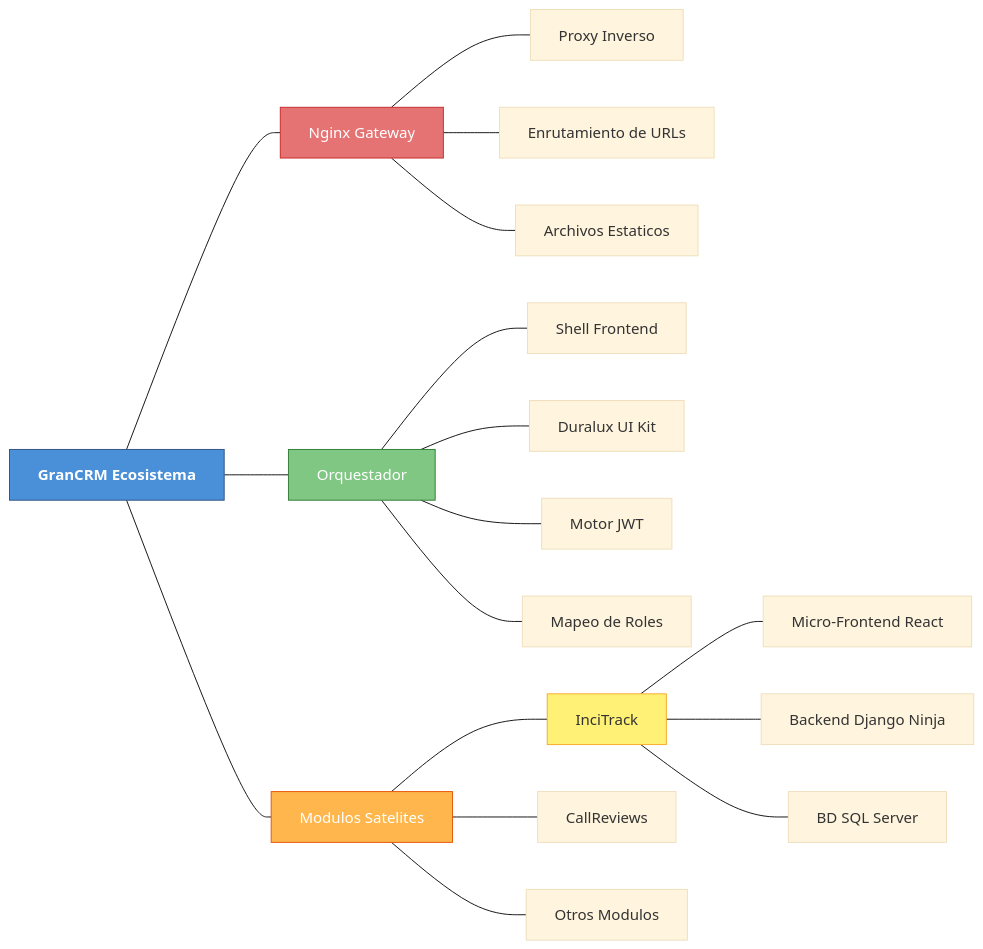
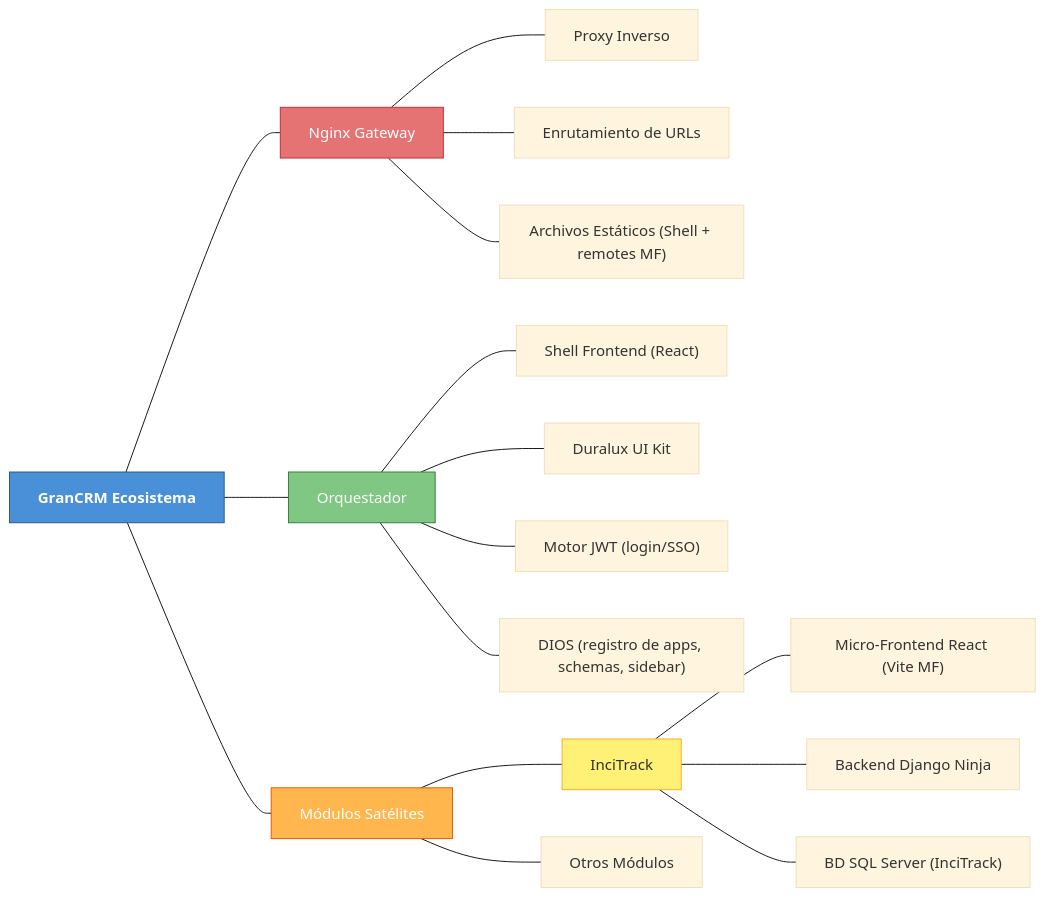
One commit to mauriciojilabert-svg/GranCrmEcosystem changed the first of 6 diagrams in arquitectura_incitrack.md. Above: the diagram before and after it, drawn with Mermaid (base theme). The commit also changed other lines of this file and 5 other files, not shown here.

````diff
--- a/arquitectura_incitrack.md
+++ b/arquitectura_incitrack.md
@@ -11,29 +11,28 @@
 ```mermaid
 graph LR
     ECO["GranCRM Ecosistema"]
 
     ECO --- NG["Nginx Gateway"]
     NG --- NG1["Proxy Inverso"]
     NG --- NG2["Enrutamiento de URLs"]
-    NG --- NG3["Archivos Estaticos"]
+    NG --- NG3["Archivos Estáticos (Shell + remotes MF)"]
 
     ECO --- ORQ["Orquestador"]
-    ORQ --- ORQ1["Shell Frontend"]
+    ORQ --- ORQ1["Shell Frontend (React)"]
     ORQ --- ORQ2["Duralux UI Kit"]
-    ORQ --- ORQ3["Motor JWT"]
-    ORQ --- ORQ4["Mapeo de Roles"]
+    ORQ --- ORQ3["Motor JWT (login/SSO)"]
+    ORQ --- ORQ4["DIOS (registro de apps, schemas, sidebar)"]
 
-    ECO --- MOD["Modulos Satelites"]
+    ECO --- MOD["Módulos Satélites"]
     MOD --- IT["InciTrack"]
-    IT --- IT1["Micro-Frontend React"]
+    IT --- IT1["Micro-Frontend React (Vite MF)"]
     IT --- IT2["Backend Django Ninja"]
-    IT --- IT3["BD SQL Server"]
-    MOD --- CR["CallReviews"]
-    MOD --- OT["Otros Modulos"]
+    IT --- IT3["BD SQL Server (InciTrack)"]
+    MOD --- OT["Otros Módulos"]
 
     style ECO fill:#4a90d9,stroke:#2c5282,color:#fff,font-weight:bold
     style NG fill:#e57373,stroke:#c62828,color:#fff
     style ORQ fill:#81c784,stroke:#2e7d32,color:#fff
     style MOD fill:#ffb74d,stroke:#e65100,color:#fff
     style IT fill:#fff176,stroke:#f9a825,color:#333
 ```
````
